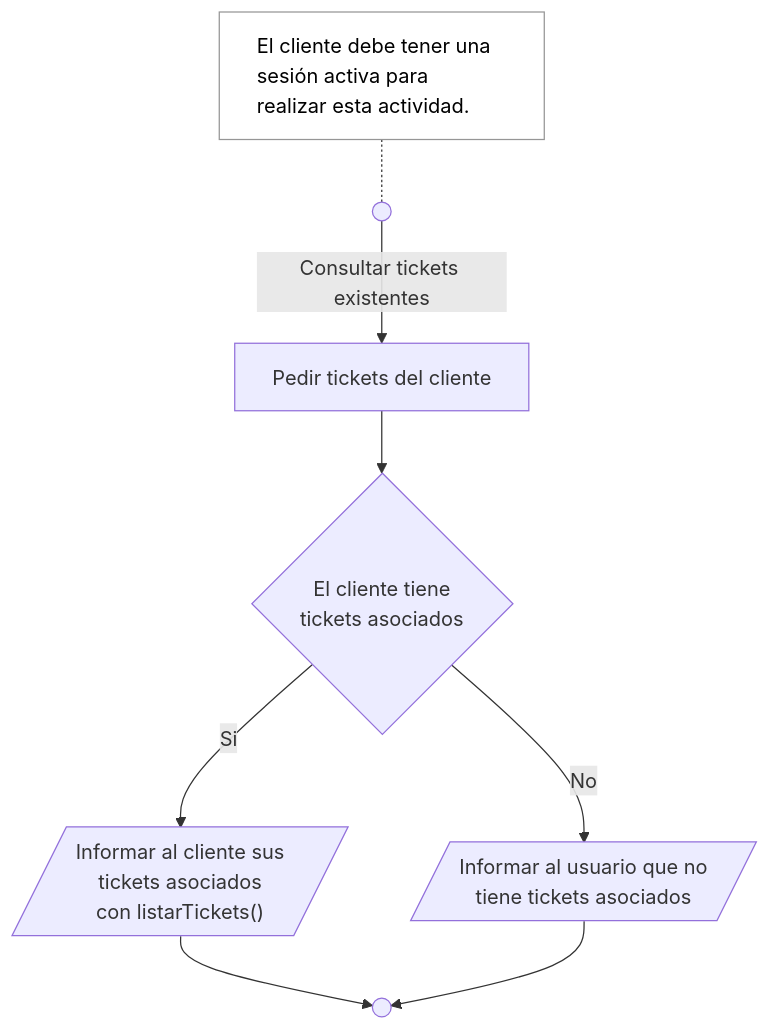
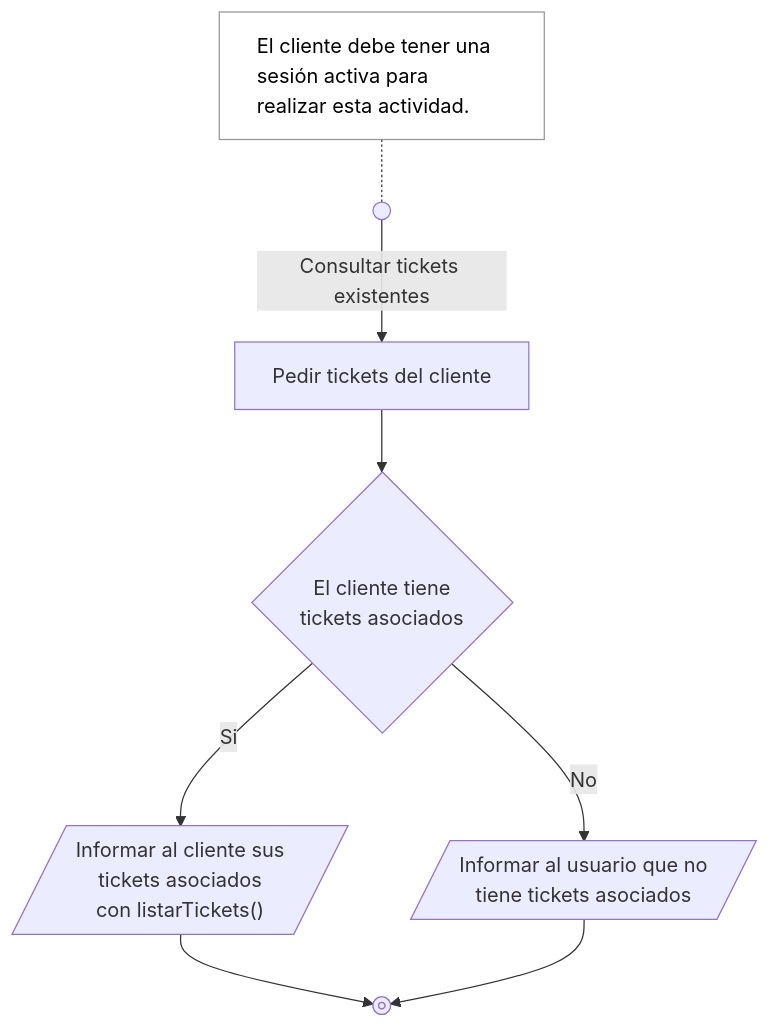
The eighth of 9 diagrams in TP 7/Punto 1/Diagramas_Act.md (Pendorchoide/IS1-2026-UADER), drawn with Mermaid before and after one commit. The commit also changed other lines of this file, not shown here.

Commit message:
Refactor flowchart start and stop shapes in Diagramas_Act.md for clarity and consistency

````diff
--- a/TP 7/Punto 1/Diagramas_Act.md
+++ b/TP 7/Punto 1/Diagramas_Act.md
@@ -289,18 +289,18 @@
 ```mermaid 
 flowchart TD
   
     Z["El cliente debe tener una sesión activa para realizar esta actividad."]
     style Z fill:#ffffff,stroke:#969696,stroke-width:1px,text-align:left, color:black
     
-    A(( )) -->|Consultar tickets existentes| B["Pedir tickets del cliente"]
+    A@{ shape: sm-circ, label: "Small start" } -->|Consultar tickets existentes| B["Pedir tickets del cliente"]
     
     B --> C{"El cliente tiene<br/>tickets asociados"}
    
     C -->|Si| D[/"Informar al cliente sus<br/>tickets asociados<br/>con listarTickets()"/]
     C -->|No| E[/"Informar al usuario que no<br/>tiene tickets asociados"/]
     
-    D --> F(( ))
+    D --> F@{ shape: framed-circle, label: "Stop" }
     E --> F
 
     Z -.- A
 ```
````
